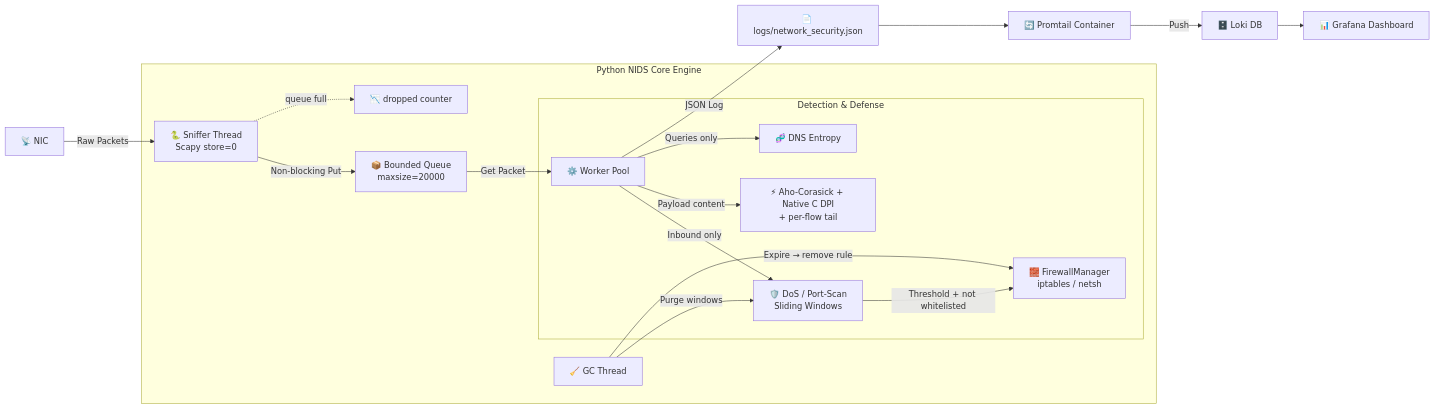
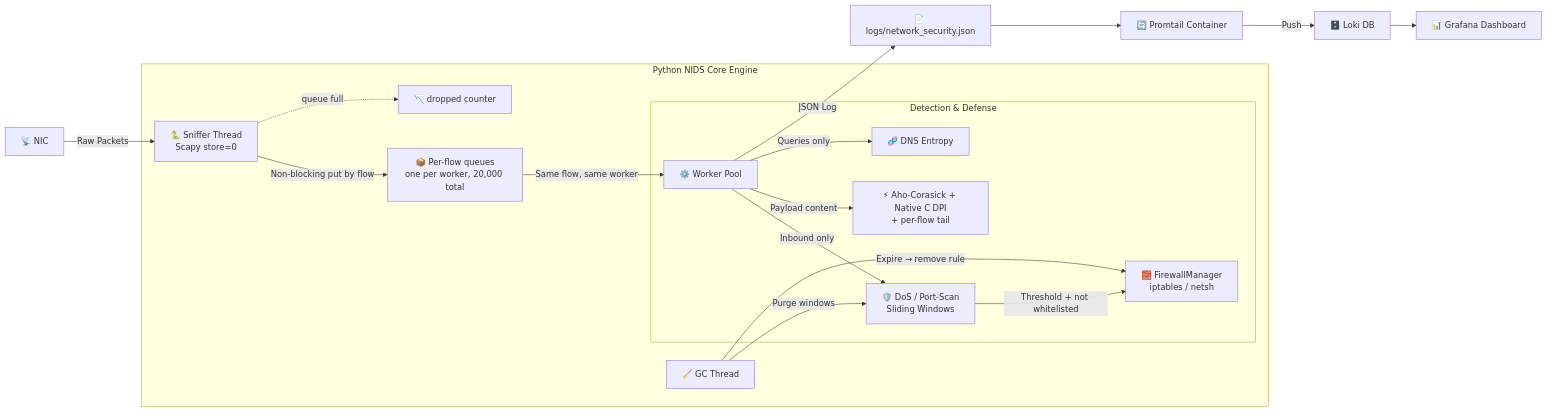
Before and after one commit to RazEini/WireWarden: the diagram in README.md, drawn with Mermaid. The commit also changed other lines of this file and 3 other files, not shown here.

Commit message:
Fix firewall removal retry, UDP replies, per-flow worker affinity

````diff
--- a/README.md
+++ b/README.md
@@ -59,25 +59,25 @@
 ```mermaid
 flowchart LR
     NIC[📡 NIC] -->|Raw Packets| SnifferThread[🐍 Sniffer Thread<br>Scapy store=0]
 
     subgraph Engine [Python NIDS Core Engine]
-        SnifferThread -->|Non-blocking Put| Queue[📦 Bounded Queue<br>maxsize=20000]
+        SnifferThread -->|Non-blocking put by flow| Queue[📦 Per-flow queues<br>one per worker, 20,000 total]
         SnifferThread -. queue full .-> Drops[📉 dropped counter]
-        Queue -->|Get Packet| Worker[⚙️ Worker Pool]
+        Queue -->|Same flow, same worker| Worker[⚙️ Worker Pool]
 
         subgraph Detection [Detection & Defense]
             Worker -->|Inbound only| Anomaly[🛡️ DoS / Port-Scan<br>Sliding Windows]
             Worker -->|Payload content| DPI[⚡ Aho-Corasick + Native C DPI<br>+ per-flow tail]
             Worker -->|Queries only| DNS[🧬 DNS Entropy]
             Anomaly -->|Threshold + not whitelisted| Firewall[🧱 FirewallManager<br>iptables / netsh]
         end
 
         GC[🧹 GC Thread] -->|Purge windows| Anomaly
         GC -->|Expire → remove rule| Firewall
     end
 
     Worker -->|JSON Log| LogFile[📄 logs/network_security.json]
     LogFile --> Promtail[🔄 Promtail Container]
     Promtail -->|Push| Loki[🗄️ Loki DB]
     Loki --> Grafana[📊 Grafana Dashboard]
 ```
````
